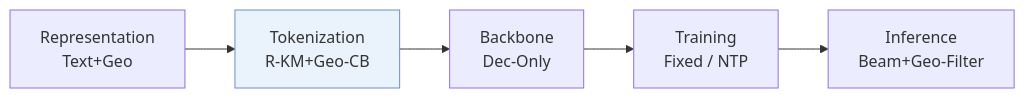
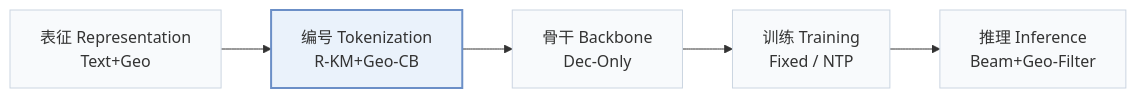
The first of 3 diagrams in pages/zh/papers/progeo.md (Galaxy-ghost/Awesome-SID-Generative-Rec), drawn with Mermaid before and after one commit. The commit also changed other lines of this file and 649 other files, not shown here.

Commit message:
writer-05: also tags and modality index (schema, check, build, visuals); summary field removed; calibration data for 12 papers

````diff
--- a/pages/zh/papers/progeo.md
+++ b/pages/zh/papers/progeo.md
@@ -13,6 +15,8 @@
 ```mermaid
 flowchart LR
-    R["Representation<br/>Text+Geo"] --> T["Tokenization<br/>R-KM+Geo-CB"] --> B["Backbone<br/>Dec-Only"] --> TR["Training<br/>Fixed / NTP"] --> I["Inference<br/>Beam+Geo-Filter"]
-    classDef main fill:#eaf2fb,stroke:#6b8fc7
+    R["表征 Representation<br/>Text+Geo"] --> T["编号 Tokenization<br/>R-KM+Geo-CB"] --> B["骨干 Backbone<br/>Dec-Only"] --> TR["训练 Training<br/>Fixed / NTP"] --> I["推理 Inference<br/>Beam+Geo-Filter"]
+    classDef base fill:#f8fafc,stroke:#cbd5e1
+    class R,T,B,TR,I base
+    classDef main fill:#eaf2fb,stroke:#6b8fc7,stroke-width:2px
     class T main
 ```
````
